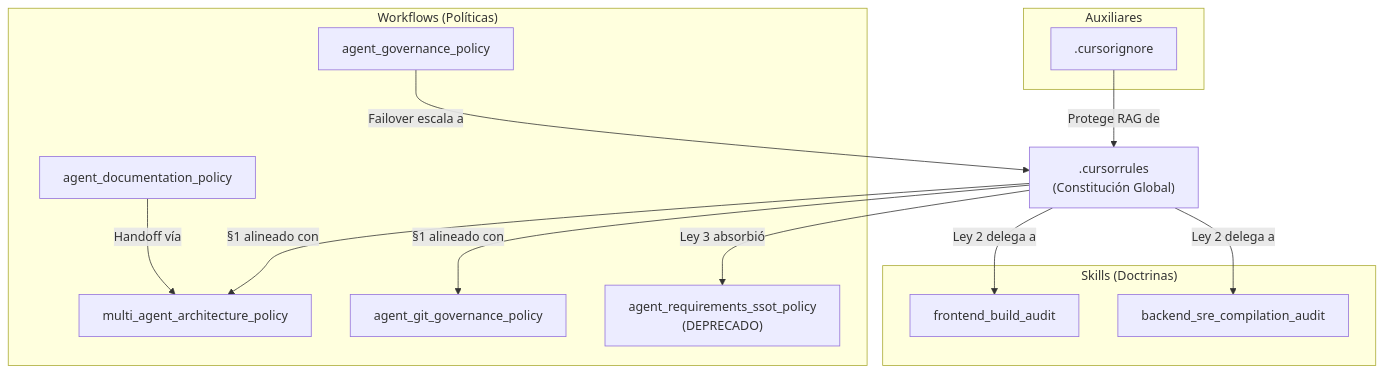
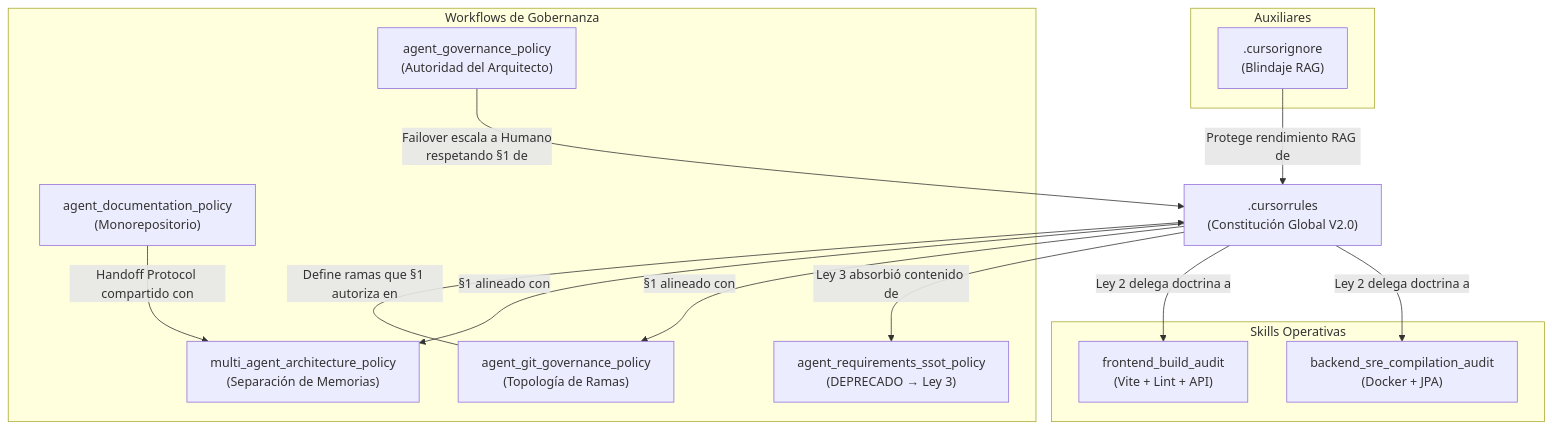
One commit to haroldklag85/ibpms-platform changed the diagram in docs/governance_ecosystem_analysis.md. Above: the diagram before and after it, drawn with Mermaid. The commit also changed other lines of this file, not shown here.

Commit message:
chore(docs): sync local analysis changes before updating agent branches

````diff
--- a/docs/governance_ecosystem_analysis.md
+++ b/docs/governance_ecosystem_analysis.md
@@ -186,30 +187,31 @@
 ```mermaid
 graph TB
-    CR[".cursorrules<br/>(Constitución Global)"]
+    CR[".cursorrules<br/>(Constitución Global V2.0)"]
     
-    subgraph "Workflows (Políticas)"
-        GIT["agent_git_governance_policy"]
-        GOV["agent_governance_policy"]
-        DOC["agent_documentation_policy"]
-        MAA["multi_agent_architecture_policy"]
-        SSOT["agent_requirements_ssot_policy<br/>(DEPRECADO)"]
+    subgraph "Workflows de Gobernanza"
+        GIT["agent_git_governance_policy<br/>(Topología de Ramas)"]
+        GOV["agent_governance_policy<br/>(Autoridad del Arquitecto)"]
+        DOC["agent_documentation_policy<br/>(Monorepositorio)"]
+        MAA["multi_agent_architecture_policy<br/>(Separación de Memorias)"]
+        SSOT["agent_requirements_ssot_policy<br/>(DEPRECADO → Ley 3)"]
     end
     
-    subgraph "Skills (Doctrinas)"
-        BK["backend_sre_compilation_audit"]
-        FK["frontend_build_audit"]
+    subgraph "Skills Operativas"
+        BK["backend_sre_compilation_audit<br/>(Docker + JPA)"]
+        FK["frontend_build_audit<br/>(Vite + Lint + API)"]
     end
     
     subgraph "Auxiliares"
-        CI[".cursorignore"]
+        CI[".cursorignore<br/>(Blindaje RAG)"]
     end
     
-    CR -->|"Ley 2 delega a"| BK
-    CR -->|"Ley 2 delega a"| FK
-    CR -->|"Ley 3 absorbió"| SSOT
+    CR -->|"Ley 2 delega doctrina a"| BK
+    CR -->|"Ley 2 delega doctrina a"| FK
+    CR -->|"Ley 3 absorbió contenido de"| SSOT
     CR -->|"§1 alineado con"| GIT
     CR -->|"§1 alineado con"| MAA
-    GOV -->|"Failover escala a"| CR
-    DOC -->|"Handoff vía"| MAA
-    CI -->|"Protege RAG de"| CR
+    GOV -->|"Failover escala a Humano<br/>respetando §1 de"| CR
+    DOC -->|"Handoff Protocol compartido con"| MAA
+    CI -->|"Protege rendimiento RAG de"| CR
+    GIT -->|"Define ramas que §1 autoriza en"| CR
 ```
````
